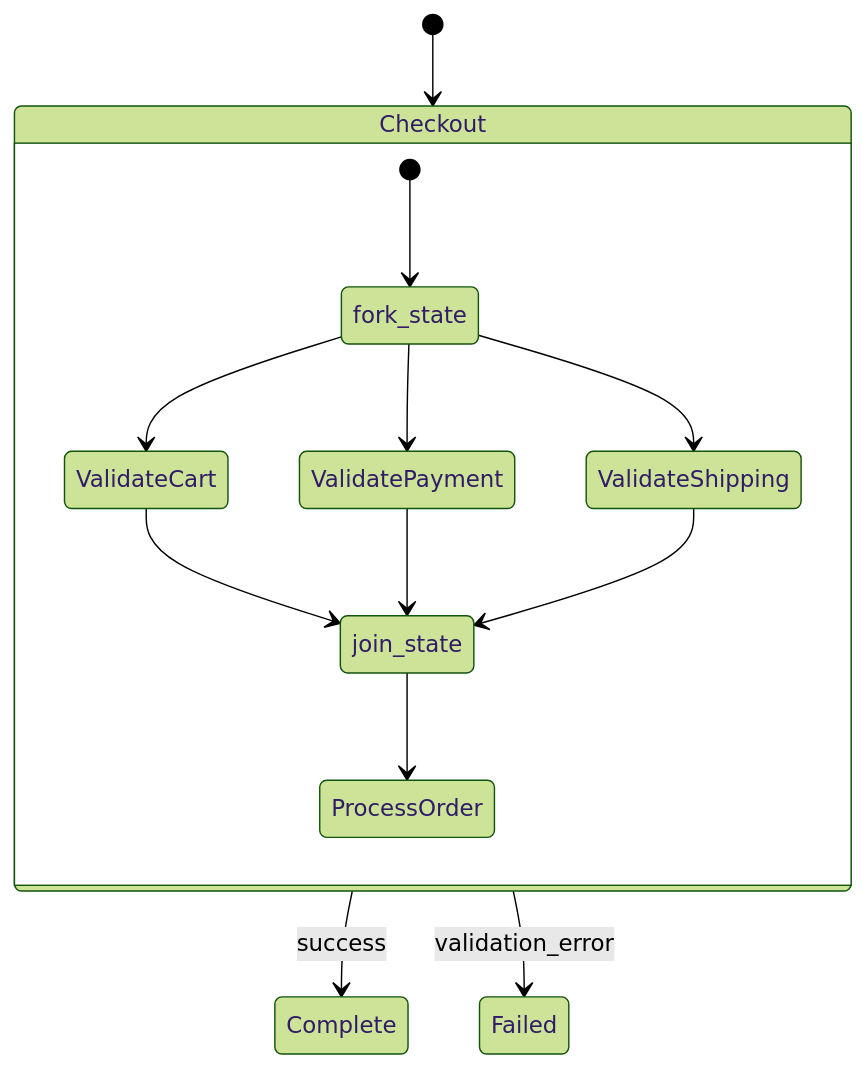
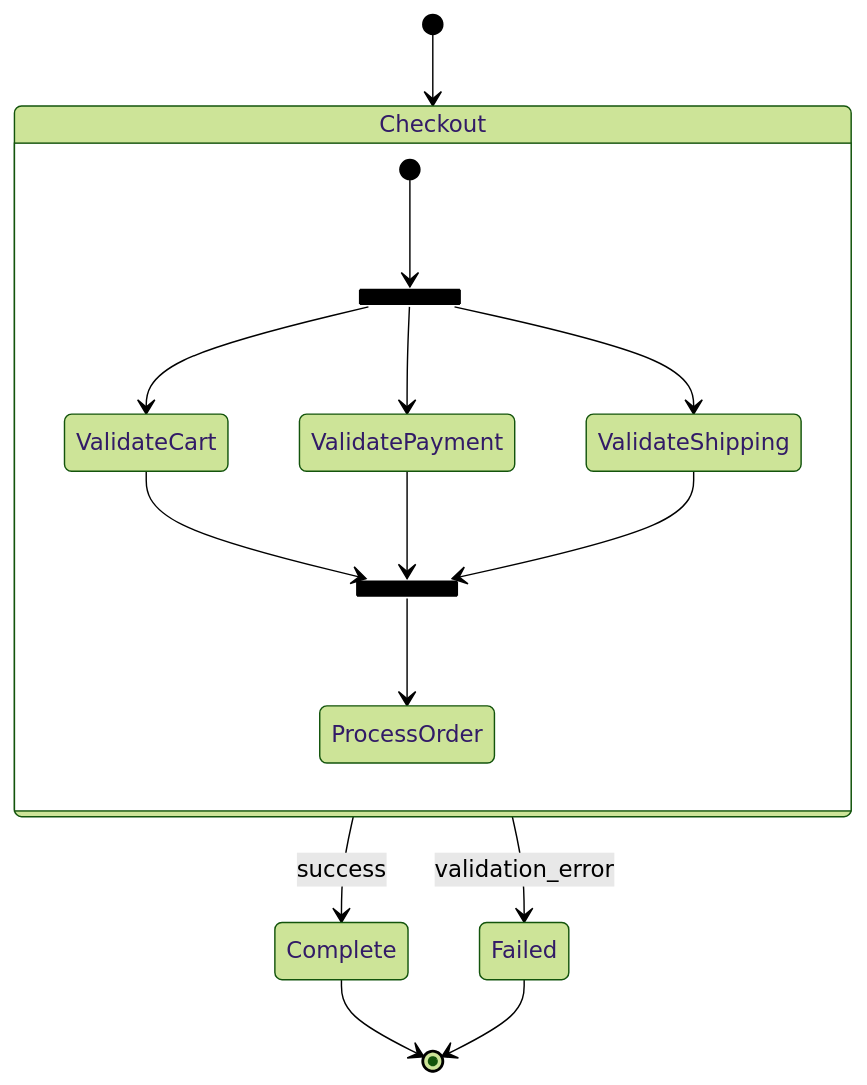
The fourth of 14 diagrams in skills/mermaid-diagrams/references/other-diagrams.md (costa-marcello/repertoire), drawn with Mermaid (forest theme) before and after one commit. The commit also changed other lines of this file and 12 other files, not shown here.

First line of the commit message:
Fix mermaid-diagrams examples that broke its own rules

````diff
--- a/skills/mermaid-diagrams/references/other-diagrams.md
+++ b/skills/mermaid-diagrams/references/other-diagrams.md
@@ -87,22 +90,25 @@
 ```mermaid
 stateDiagram-v2
     [*] --> Checkout
 
     state Checkout {
+        %% Declare fork and join states before the transitions that use them
+        state fork_state <<fork>>
+        state join_state <<join>>
         [*] --> fork_state
-        state fork_state <<fork>>
         fork_state --> ValidateCart
         fork_state --> ValidatePayment
         fork_state --> ValidateShipping
 
         ValidateCart --> join_state
         ValidatePayment --> join_state
         ValidateShipping --> join_state
-        state join_state <<join>>
 
         join_state --> ProcessOrder
     }
 
     Checkout --> Complete : success
     Checkout --> Failed : validation_error
+    Complete --> [*]
+    Failed --> [*]
 ```
````
